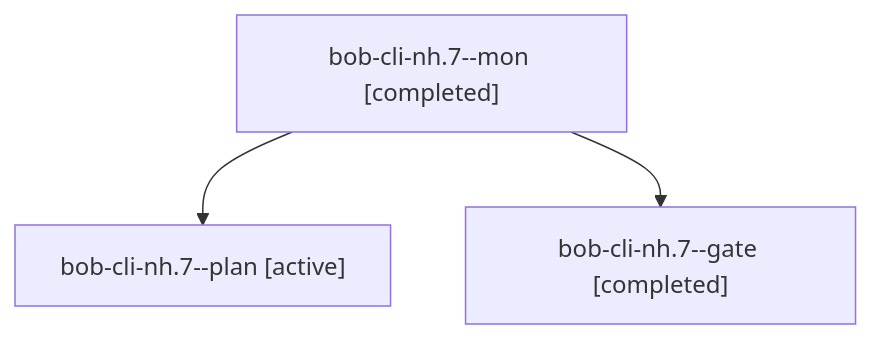
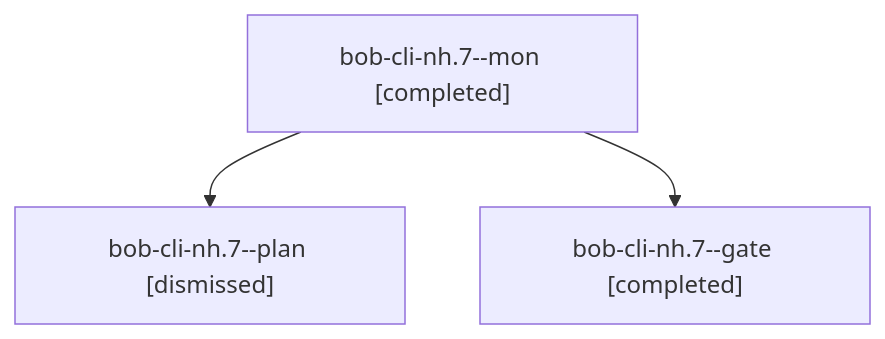
One commit to bobs-org/bob-cli--agents changed the diagram in sessions/bbugyi200.athena.bob-cli-nh.7.md. Above: the diagram before and after it, drawn with Mermaid. The commit also changed other lines of this file and 115 other files, not shown here.

````diff
--- a/sessions/bbugyi200.athena.bob-cli-nh.7.md
+++ b/sessions/bbugyi200.athena.bob-cli-nh.7.md
@@ -9,8 +9,8 @@
 ```mermaid
 flowchart TD
   n0["bob-cli-nh.7--mon [completed]"]
-  n1["bob-cli-nh.7--plan [active]"]
+  n1["bob-cli-nh.7--plan [dismissed]"]
   n0 --> n1
   n2["bob-cli-nh.7--gate [completed]"]
   n0 --> n2
 ```
````
